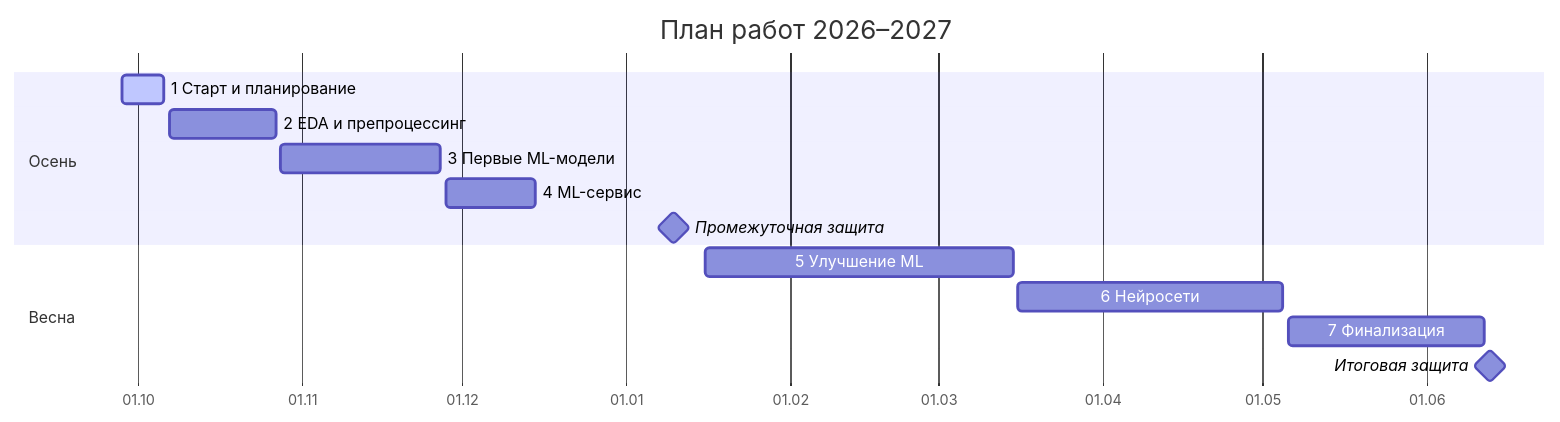
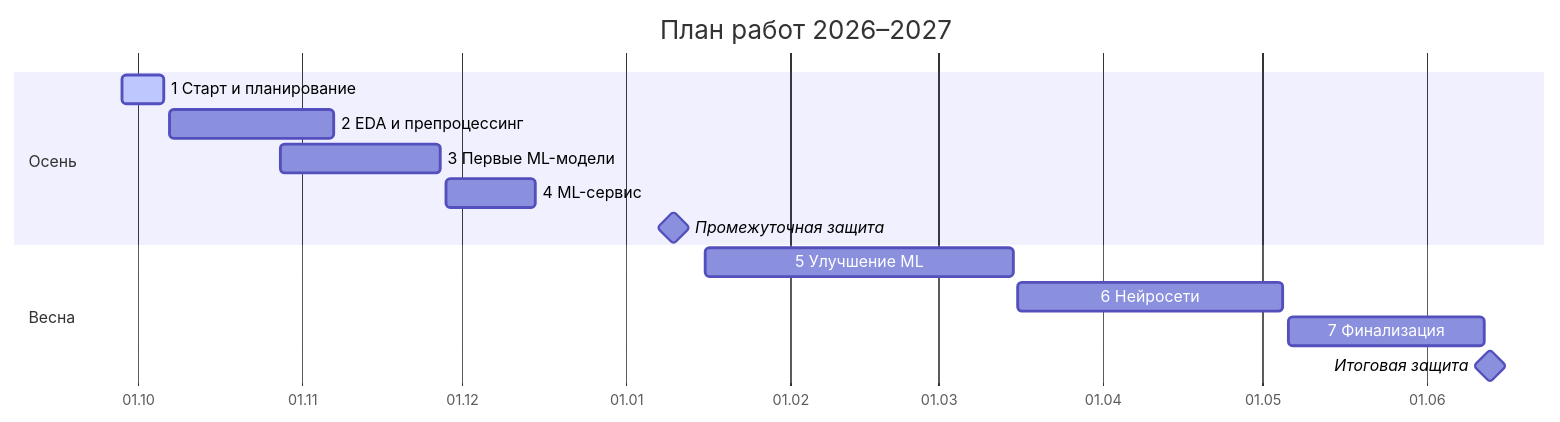
The diagram in README.md (ayazvaliev/35-Deepfake-image-detection-project-HSE-26), drawn with Mermaid before and after one commit. The commit also changed other lines of this file, not shown here.

Commit message:
README: результаты EDA 140k и дедлайн этапа 2

````diff
--- a/README.md
+++ b/README.md
@@ -101,17 +125,17 @@
 ```mermaid
 gantt
     title План работ 2026–2027
     dateFormat YYYY-MM-DD
     axisFormat %d.%m
     section Осень
     1 Старт и планирование      :active, cp1, 2026-09-28, 2026-10-06
-    2 EDA и препроцессинг       :cp2, 2026-10-07, 2026-10-27
+    2 EDA и препроцессинг       :cp2, 2026-10-07, 2026-11-07
     3 Первые ML-модели          :cp3, 2026-10-28, 2026-11-27
     4 ML-сервис                 :cp4, 2026-11-28, 2026-12-15
     Промежуточная защита        :milestone, m1, 2027-01-10, 0d
     section Весна
     5 Улучшение ML              :cp5, 2027-01-16, 2027-03-15
     6 Нейросети                 :cp6, 2027-03-16, 2027-05-05
     7 Финализация               :cp7, 2027-05-06, 2027-06-12
     Итоговая защита             :milestone, m2, 2027-06-13, 0d
 ```
````
